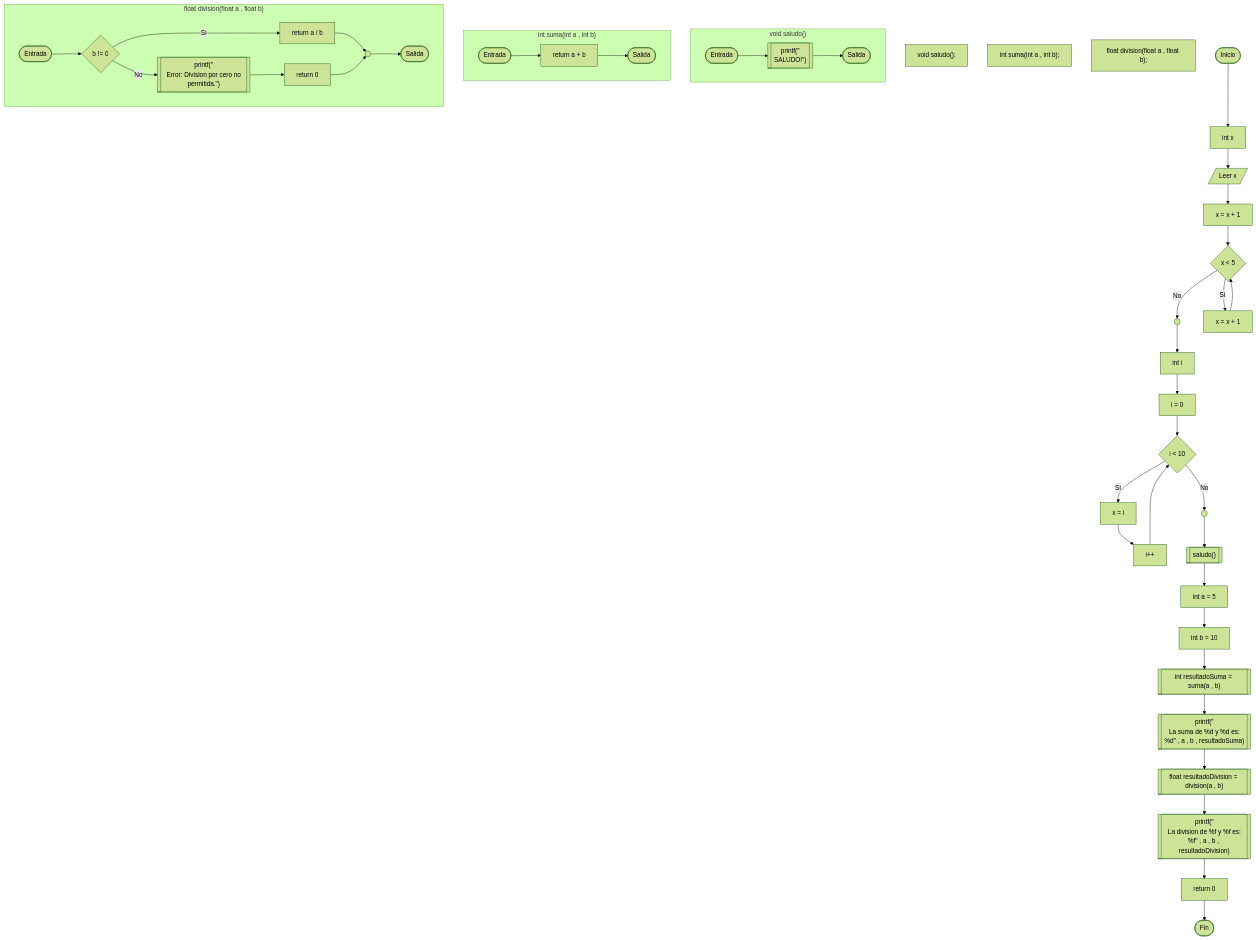
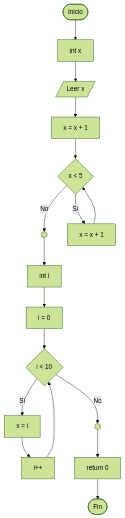
The first of 2 diagrams in README.md (danielpulid0/CodeToMermaid), drawn with Mermaid (forest theme) before and after one commit.

Commit message:
corrección readme

````diff
--- a/README.md
+++ b/README.md
@@ -164,84 +164,34 @@
 ```mermaid
 graph TD
-nodo0["void saludo();"]
-nodo1["int suma(int a , int b);"]
-nodo2["float division(float a , float b);"]
-nodo3([Inicio])
-    nodo4["int x"]
-nodo5[/"Leer x"/]
+nodo0([Inicio])
+    nodo1["int x"]
+nodo2[/"Leer x"/]
+    nodo1 --> nodo2
+    nodo3["x = x + 1"]
+    nodo2 --> nodo3
+nodo4{"x < 5"}
+nodo5(( ))
     nodo6["x = x + 1"]
-nodo7{"x < 5"}
-nodo8(( ))
-    nodo9["x = x + 1"]
-nodo7 -- Sí --> nodo9
-nodo9 --> nodo7
-nodo7 -- No --> nodo8
-    nodo10["int i"]
-nodo11["i = 0"]
-nodo12{"i < 10"}
-nodo13["i++"]
-nodo14(( ))
-nodo11 --> nodo12
-    nodo15["x = i"]
-nodo12 -- Sí --> nodo15
-nodo15 --> nodo13
-nodo13 --> nodo12
-nodo12 -- No --> nodo14
-    nodo16[["saludo()"]]
-    nodo17["int a = 5"]
-    nodo18["int b = 10"]
-    nodo19[["int resultadoSuma = suma(a , b)"]]
-    nodo20[["printf(#quot;\n La suma de %d y %d es: %d#quot; , a , b , resultadoSuma)"]]
-    nodo21[["float resultadoDivision = division(a , b)"]]
-    nodo22[["printf(#quot;\n La division de %f y %f es: %f#quot; , a , b , resultadoDivision)"]]
-nodo23["return 0"]
-nodoFinGlobal([Fin])
-nodo3 --> nodo4
-    nodo4 --> nodo5
-    nodo5 --> nodo6
-    nodo6 --> nodo7
-    nodo8 --> nodo10
-    nodo10 --> nodo11
-    nodo14 --> nodo16
-    nodo16 --> nodo17
-    nodo17 --> nodo18
-    nodo18 --> nodo19
-    nodo19 --> nodo20
-    nodo20 --> nodo21
-    nodo21 --> nodo22
-    nodo22 --> nodo23
-nodo23 --> nodoFinGlobal
-
-subgraph saludo["void saludo()"]
-nodo24([Entrada])
-    nodo26[["printf(#quot;\n SALUDO!#quot;)"]]
-nodo25([Salida])
-nodo24 --> nodo26
-nodo26 --> nodo25
-end
-
-subgraph suma["int suma(int a , int b)"]
-nodo27([Entrada])
-nodo29["return a + b"]
-nodo28([Salida])
-nodo27 --> nodo29
-nodo29 --> nodo28
-end
-
-subgraph division["float division(float a , float b)"]
-nodo30([Entrada])
-    nodo32{"b != 0"}
-nodo33["return a / b"]
-    nodo32 -- Sí --> nodo33
-    nodo34[["printf(#quot;\n Error: Division por cero no permitida.#quot;)"]]
-nodo35["return 0"]
-    nodo34 --> nodo35
-    nodo32 -- No --> nodo34
-    nodo36(( ))
-    nodo33 --> nodo36
-    nodo35 --> nodo36
-nodo31([Salida])
-nodo30 --> nodo32
-nodo36 --> nodo31
-end
+nodo4 -- Sí --> nodo6
+nodo6 --> nodo4
+nodo4 -- No --> nodo5
+    nodo3 --> nodo4
+    nodo7["int i"]
+    nodo5 --> nodo7
+nodo8["i = 0"]
+nodo9{"i < 10"}
+nodo10["i++"]
+nodo11(( ))
+nodo8 --> nodo9
+    nodo12["x = i"]
+nodo9 -- Sí --> nodo12
+nodo12 --> nodo10
+nodo10 --> nodo9
+nodo9 -- No --> nodo11
+    nodo7 --> nodo8
+nodo13["return 0"]
+    nodo11 --> nodo13
+nodo14([Fin])
+nodo0 --> nodo1
+nodo13 --> nodo14
 ```
````
